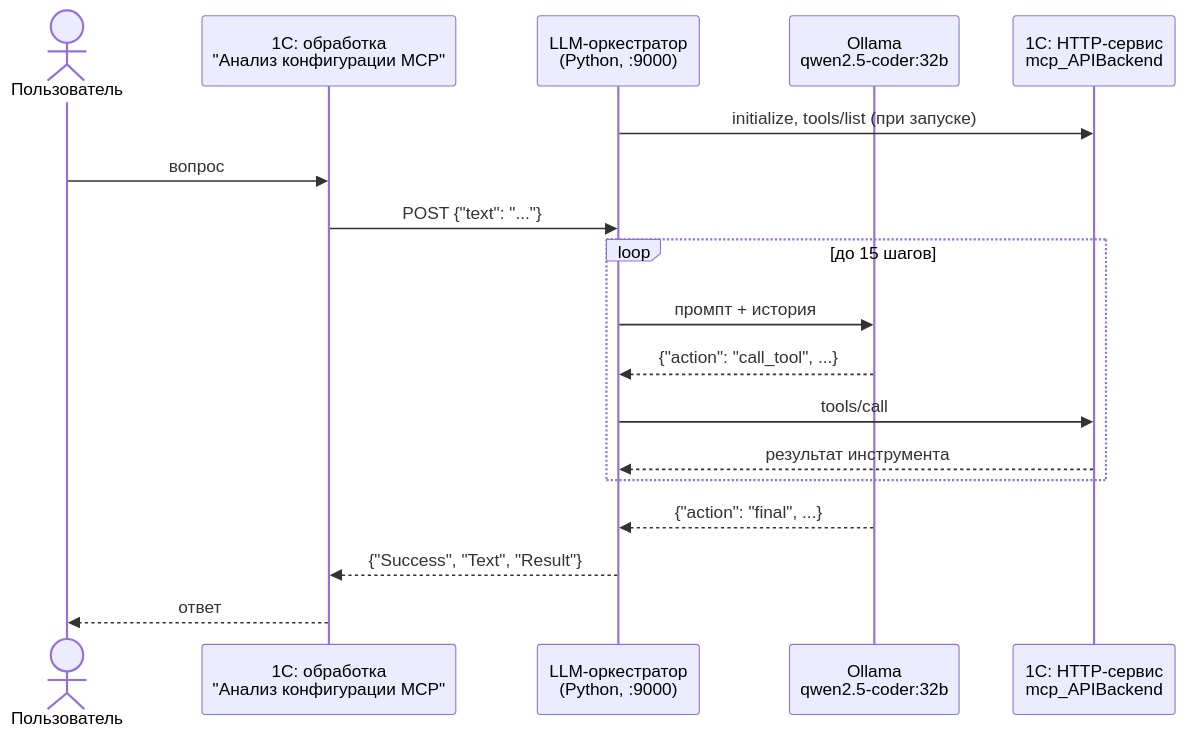
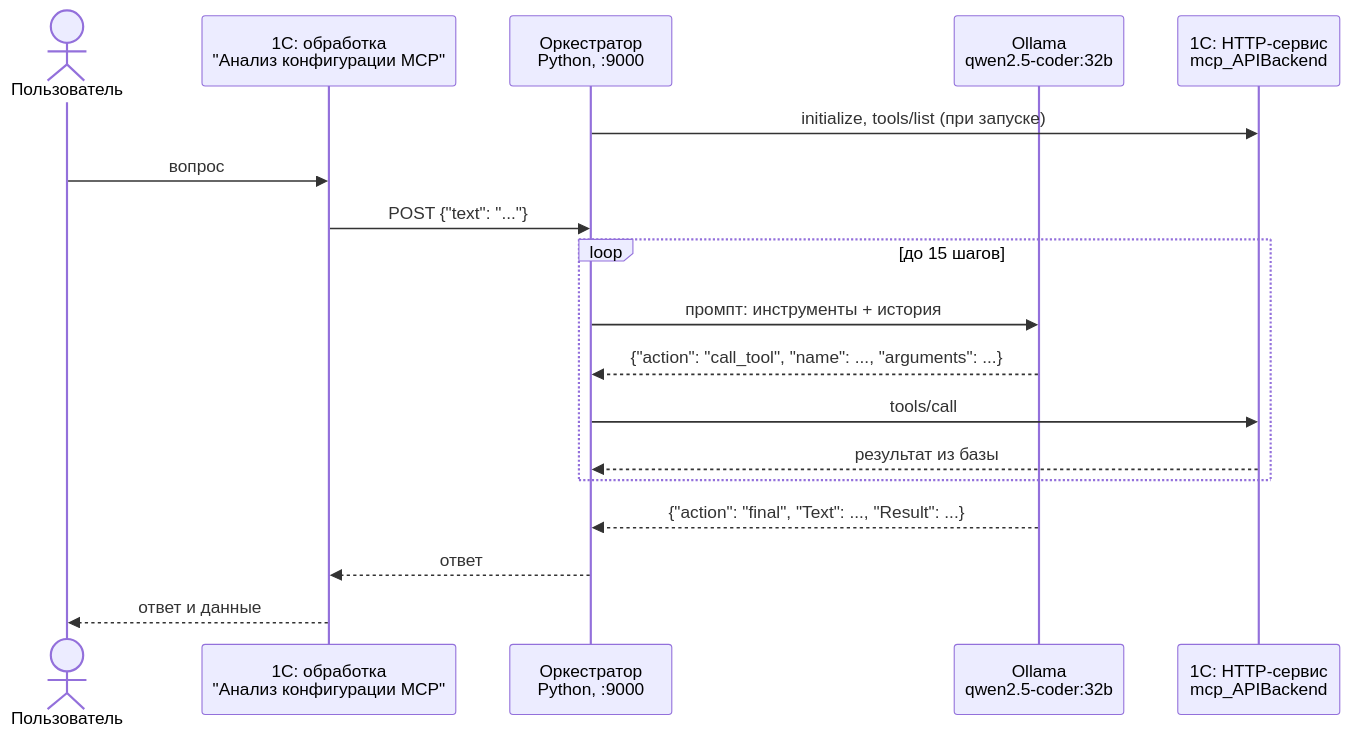
Before and after one commit to Kickfok/1c-mcp-ollama: the diagram in README.md, drawn with Mermaid. The commit also changed other lines of this file and 2 other files, not shown here.

````diff
--- a/README.md
+++ b/README.md
@@ -44,21 +120,21 @@
 ```mermaid
 sequenceDiagram
     actor U as Пользователь
     participant F as 1С: обработка<br>"Анализ конфигурации MCP"
-    participant O as LLM-оркестратор<br>(Python, :9000)
+    participant O as Оркестратор<br>Python, :9000
     participant L as Ollama<br>qwen2.5-coder:32b
     participant M as 1С: HTTP-сервис<br>mcp_APIBackend
 
     O->>M: initialize, tools/list (при запуске)
     U->>F: вопрос
     F->>O: POST {"text": "..."}
     loop до 15 шагов
-        O->>L: промпт + история
-        L-->>O: {"action": "call_tool", ...}
+        O->>L: промпт: инструменты + история
+        L-->>O: {"action": "call_tool", "name": ..., "arguments": ...}
         O->>M: tools/call
-        M-->>O: результат инструмента
+        M-->>O: результат из базы
     end
-    L-->>O: {"action": "final", ...}
-    O-->>F: {"Success", "Text", "Result"}
-    F-->>U: ответ
+    L-->>O: {"action": "final", "Text": ..., "Result": ...}
+    O-->>F: ответ
+    F-->>U: ответ и данные
 ```
````
